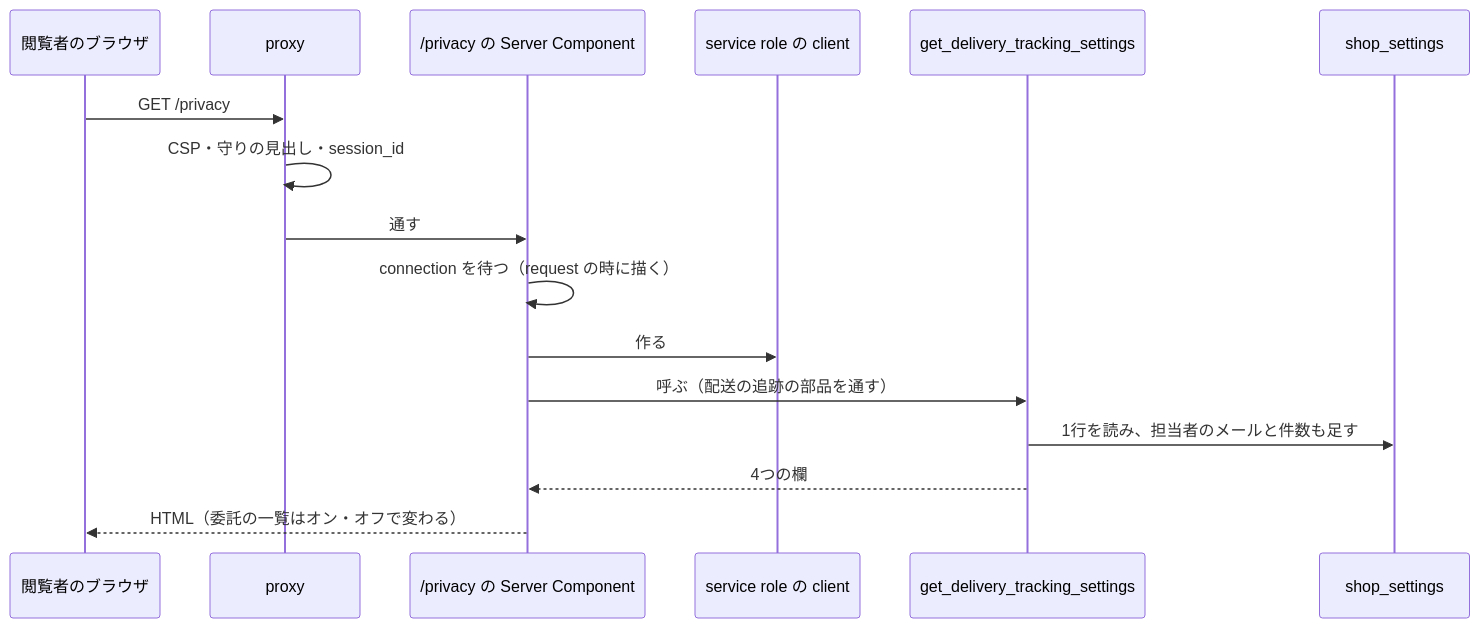
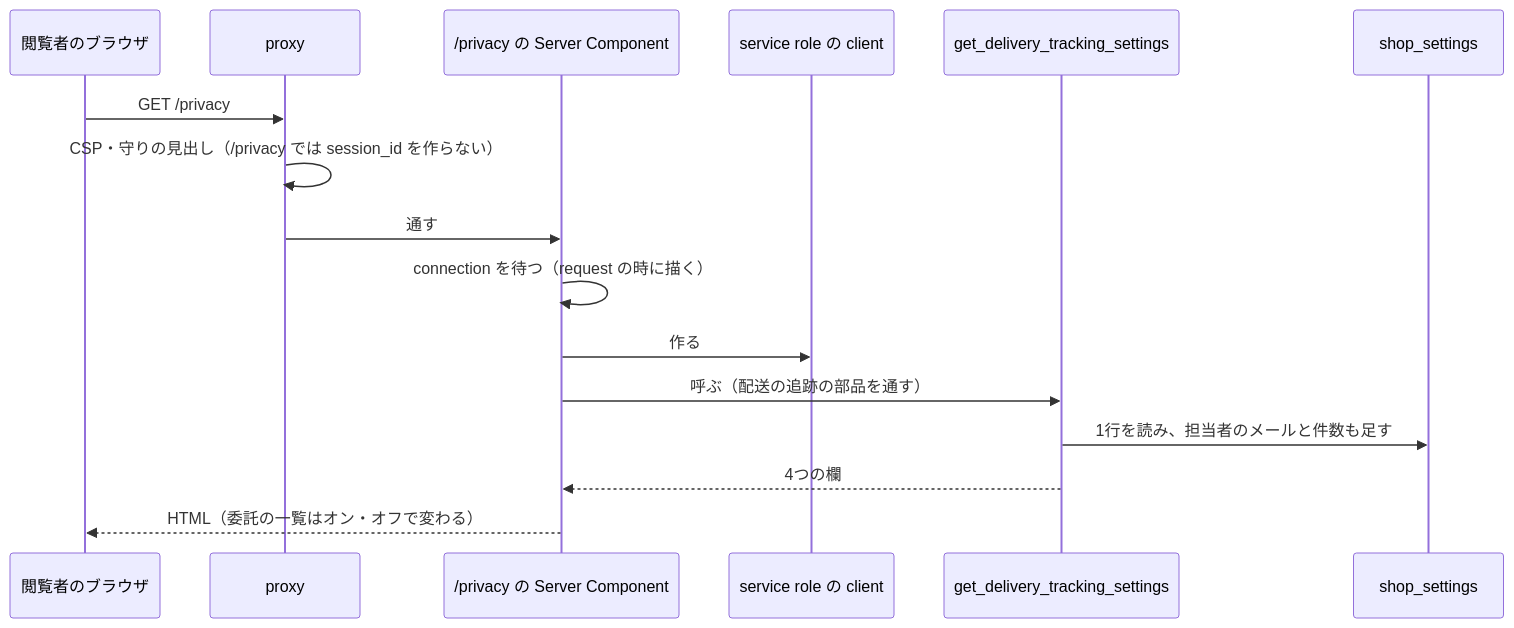
One commit to ChocoWork/o_official changed the first of 3 diagrams in docs/03_BasicDesign/areas/privacy.md. Above: the diagram before and after it, drawn with Mermaid. The commit also changed other lines of this file and 130 other files, not shown here.

First line of the commit message:
fix(security): 波 3 の画像の署名・CSP・session_id の発行範囲・認証の no-store を直す

````diff
--- a/docs/03_BasicDesign/areas/privacy.md
+++ b/docs/03_BasicDesign/areas/privacy.md
@@ -47,18 +47,18 @@
 ```mermaid
 sequenceDiagram
   participant V as 閲覧者のブラウザ
   participant P as proxy
   participant S as /privacy の Server Component
   participant C as service role の client
   participant F as get_delivery_tracking_settings
   participant T as shop_settings
   V->>P: GET /privacy
-  P->>P: CSP・守りの見出し・session_id
+  P->>P: CSP・守りの見出し（/privacy では session_id を作らない）
   P->>S: 通す
   S->>S: connection を待つ（request の時に描く）
   S->>C: 作る
   S->>F: 呼ぶ（配送の追跡の部品を通す）
   F->>T: 1行を読み、担当者のメールと件数も足す
   F-->>S: 4つの欄
   S-->>V: HTML（委託の一覧はオン・オフで変わる）
 ```
````
